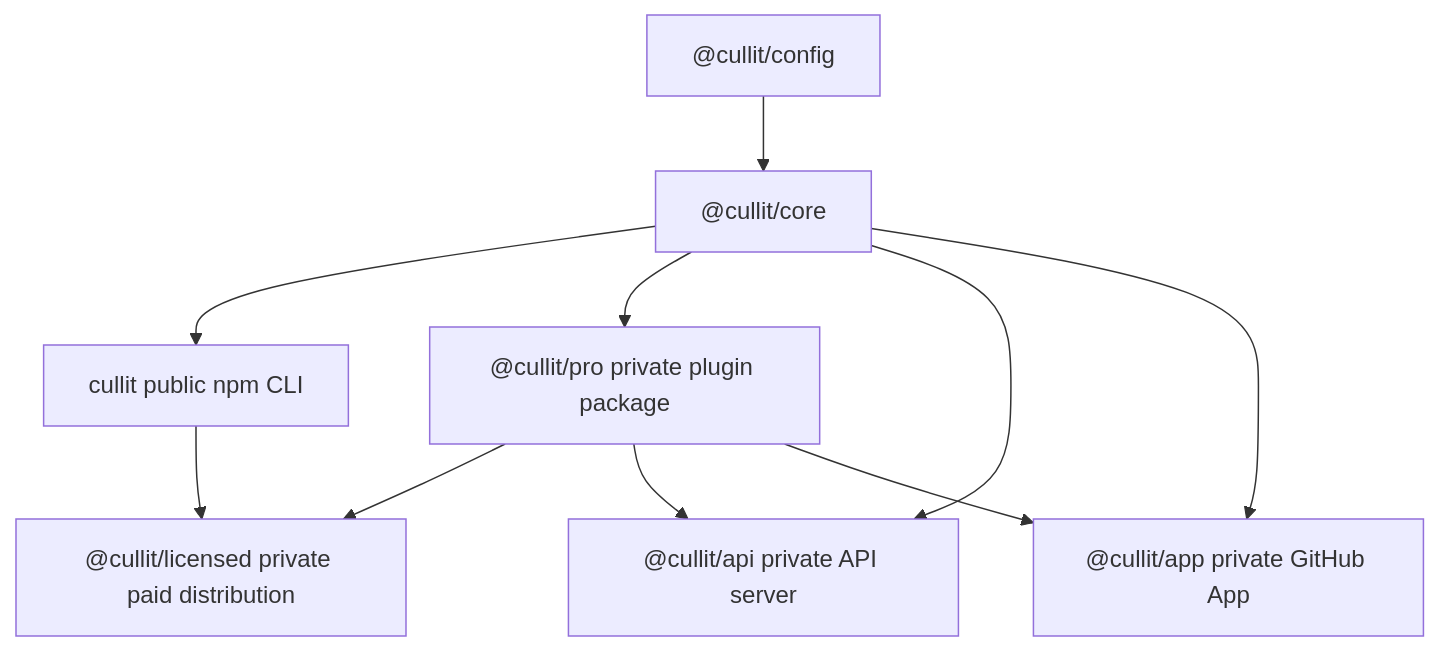
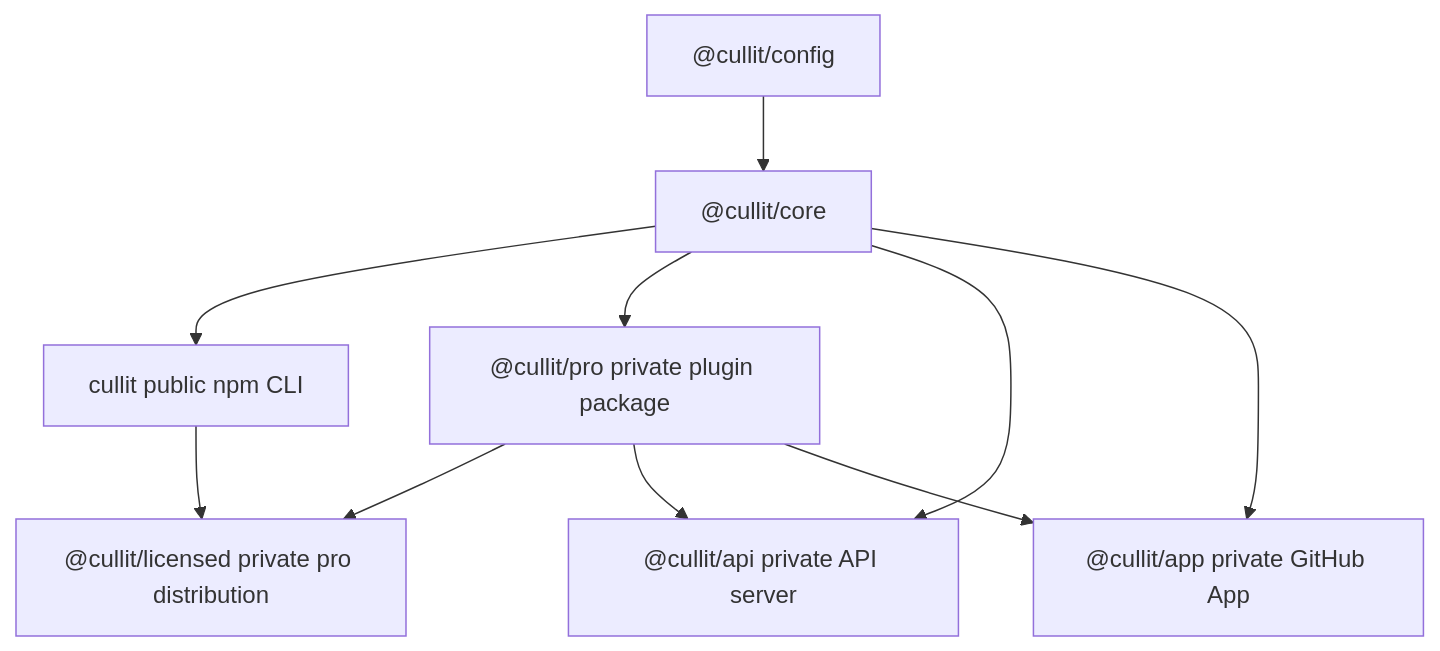
Before and after one commit to actions-marketplace-validations/mttaylor_cullit: the first of 6 diagrams in architecture-docs/ARCHITECTURE_INTERNAL.md, drawn with Mermaid. The commit also changed other lines of this file and 14 other files, not shown here.

First line of the commit message:
docs: rename Paid tier to Pro and update pricing to $9/seat/month

````diff
--- a/architecture-docs/ARCHITECTURE_INTERNAL.md
+++ b/architecture-docs/ARCHITECTURE_INTERNAL.md
@@ -17,20 +17,20 @@
 ```mermaid
 flowchart TD
   Cfg["@cullit/config"]
   Core["@cullit/core"]
   Cli["cullit public npm CLI"]
   Pro["@cullit/pro private plugin package"]
-  Lic["@cullit/licensed private paid distribution"]
+  Lic["@cullit/licensed private pro distribution"]
   Api["@cullit/api private API server"]
   App["@cullit/app private GitHub App"]
 
   Cfg --> Core
   Core --> Cli
   Core --> Pro
   Pro --> Lic
   Cli --> Lic
   Core --> Api
   Pro --> Api
   Core --> App
   Pro --> App
 ```
````
